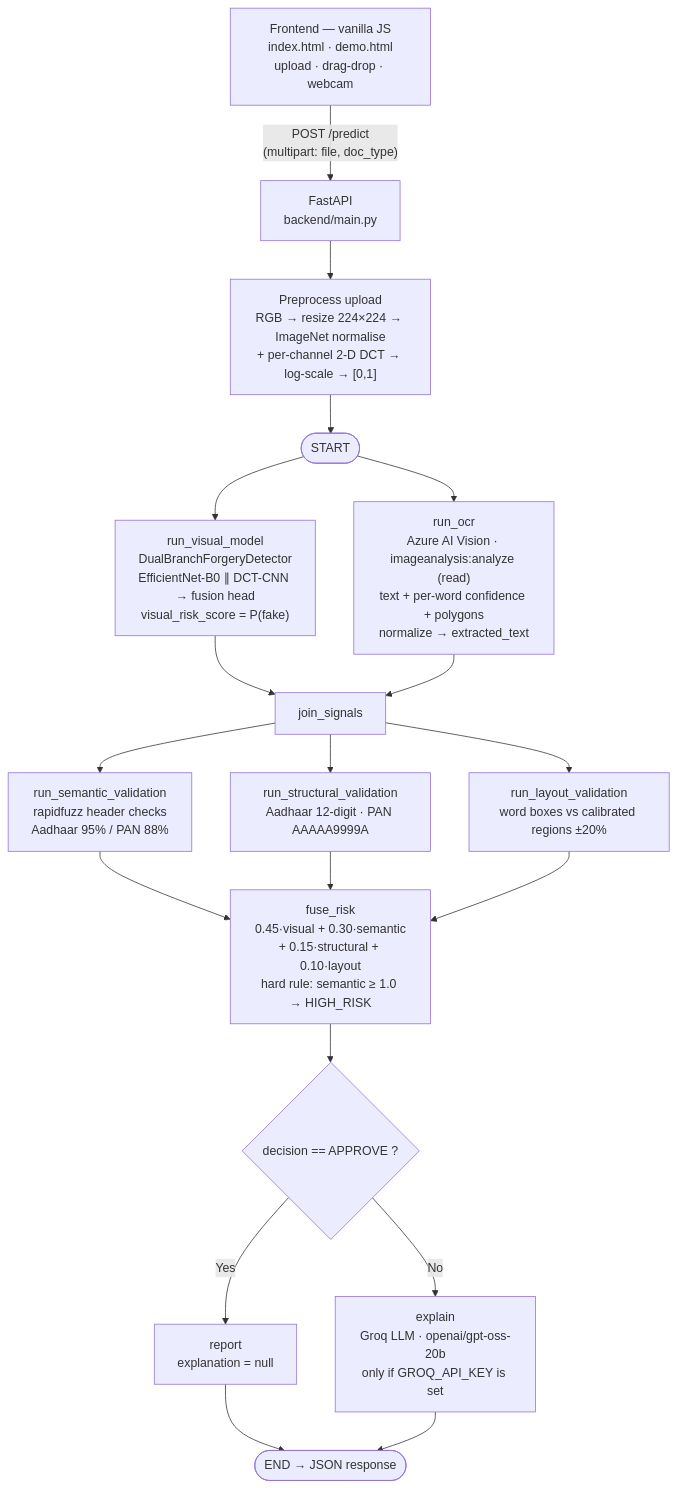
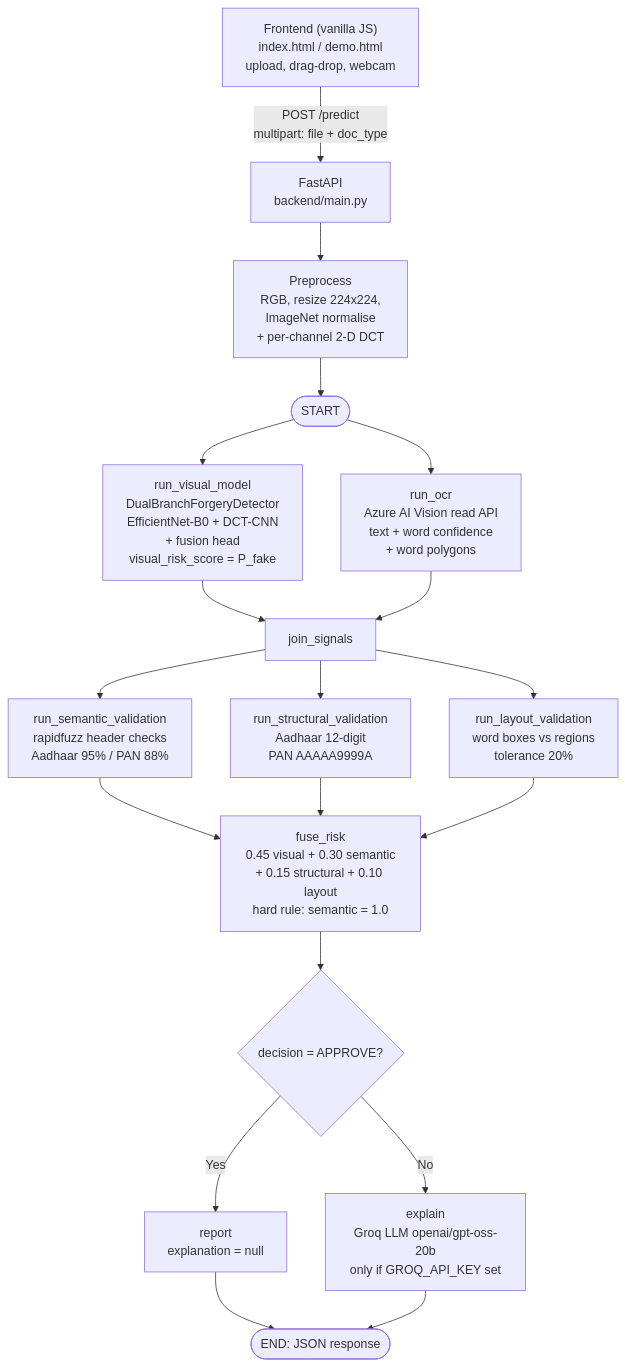
The diagram in README.md (Shwetatiwari05/KYCGuard), drawn with Mermaid before and after one commit.

````diff
--- a/README.md
+++ b/README.md
@@ -102,27 +102,27 @@
 ```mermaid
 flowchart TD
-    U["Frontend — vanilla JS<br/>index.html · demo.html<br/>upload · drag-drop · webcam"] -->|"POST /predict<br/>(multipart: file, doc_type)"| API["FastAPI<br/>backend/main.py"]
+    U["Frontend (vanilla JS)<br/>index.html / demo.html<br/>upload, drag-drop, webcam"] -->|"POST /predict<br/>multipart: file + doc_type"| API["FastAPI<br/>backend/main.py"]
 
-    API --> PRE["Preprocess upload<br/>RGB → resize 224×224 → ImageNet normalise<br/>+ per-channel 2-D DCT → log-scale → [0,1]"]
+    API --> PRE["Preprocess<br/>RGB, resize 224x224,<br/>ImageNet normalise<br/>+ per-channel 2-D DCT"]
     PRE --> START(["START"])
 
-    START --> VIS["run_visual_model<br/>DualBranchForgeryDetector<br/>EfficientNet-B0 ∥ DCT-CNN → fusion head<br/>visual_risk_score = P(fake)"]
-    START --> OCR["run_ocr<br/>Azure AI Vision · imageanalysis:analyze (read)<br/>text + per-word confidence + polygons<br/>normalize → extracted_text"]
+    START --> VIS["run_visual_model<br/>DualBranchForgeryDetector<br/>EfficientNet-B0 + DCT-CNN<br/>+ fusion head<br/>visual_risk_score = P_fake"]
+    START --> OCR["run_ocr<br/>Azure AI Vision read API<br/>text + word confidence<br/>+ word polygons"]
 
     VIS --> JOIN["join_signals"]
     OCR --> JOIN
 
     JOIN --> SEM["run_semantic_validation<br/>rapidfuzz header checks<br/>Aadhaar 95% / PAN 88%"]
-    JOIN --> STR["run_structural_validation<br/>Aadhaar 12-digit · PAN AAAAA9999A"]
-    JOIN --> LAY["run_layout_validation<br/>word boxes vs calibrated regions ±20%"]
+    JOIN --> STR["run_structural_validation<br/>Aadhaar 12-digit<br/>PAN AAAAA9999A"]
+    JOIN --> LAY["run_layout_validation<br/>word boxes vs regions<br/>tolerance 20%"]
 
-    SEM --> FUSE["fuse_risk<br/>0.45·visual + 0.30·semantic<br/>+ 0.15·structural + 0.10·layout<br/>hard rule: semantic ≥ 1.0 → HIGH_RISK"]
+    SEM --> FUSE["fuse_risk<br/>0.45 visual + 0.30 semantic<br/>+ 0.15 structural + 0.10 layout<br/>hard rule: semantic = 1.0"]
     STR --> FUSE
     LAY --> FUSE
 
-    FUSE --> ROUTE{"decision == APPROVE ?"}
+    FUSE --> ROUTE{"decision = APPROVE?"}
     ROUTE -->|Yes| REP["report<br/>explanation = null"]
-    ROUTE -->|No| EXP["explain<br/>Groq LLM · openai/gpt-oss-20b<br/>only if GROQ_API_KEY is set"]
-    REP --> END(["END → JSON response"])
-    EXP --> END
+    ROUTE -->|No| EXP["explain<br/>Groq LLM openai/gpt-oss-20b<br/>only if GROQ_API_KEY set"]
+    REP --> ENDNODE(["END: JSON response"])
+    EXP --> ENDNODE
 ```
````
